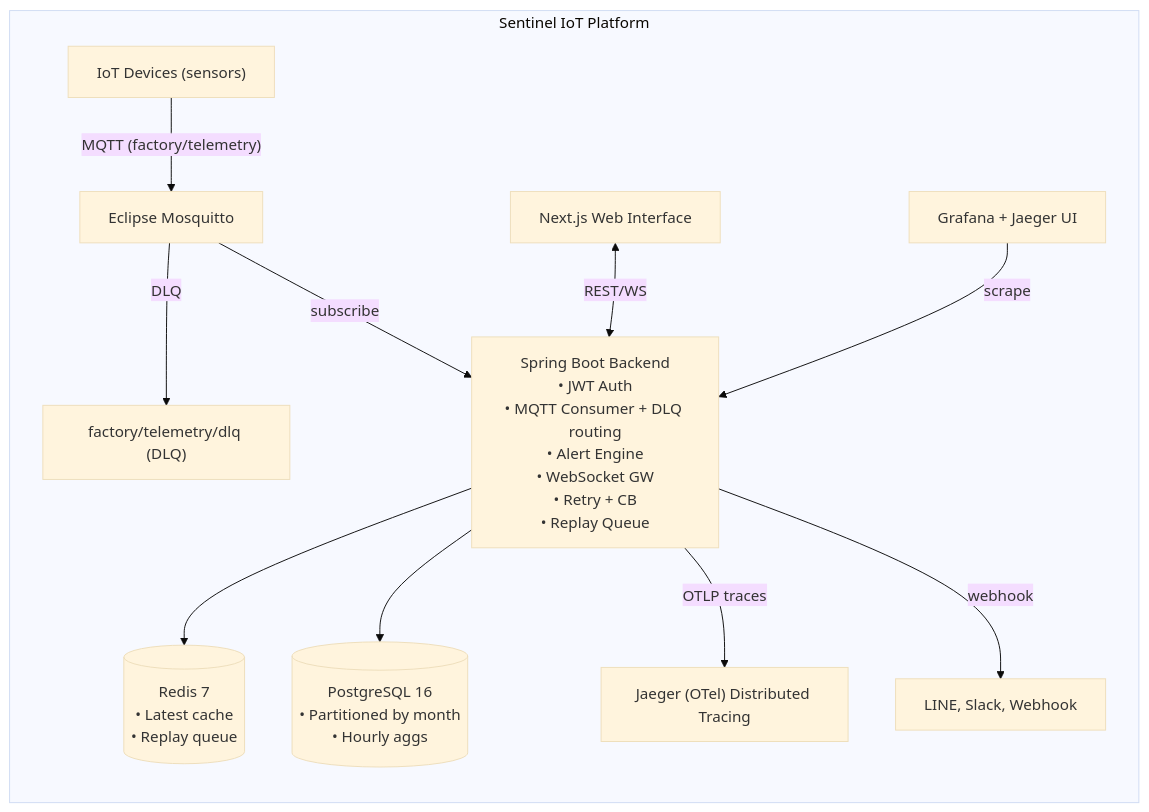
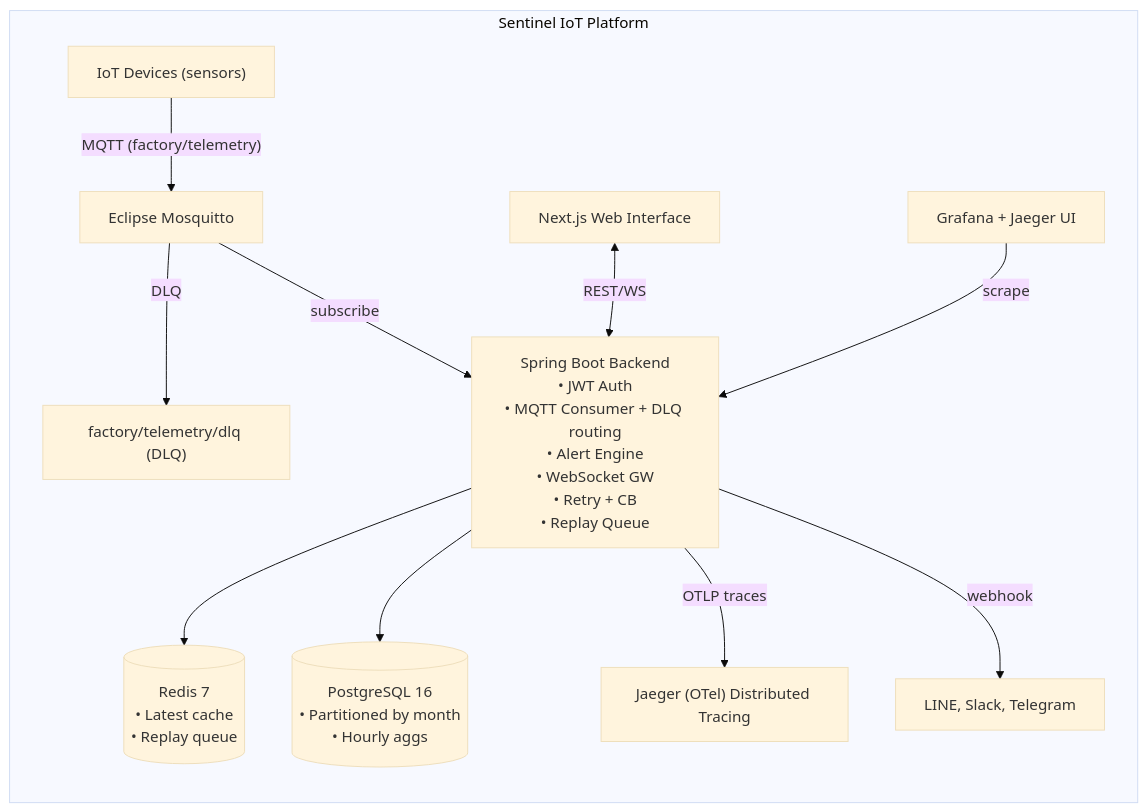
One commit to thitipongroo/sentinel-iot-platform changed the second of 4 diagrams in README.md. Above: the diagram before and after it, drawn with Mermaid (base theme). The commit also changed other lines of this file, not shown here.

Commit message:
update: readme

````diff
--- a/README.md
+++ b/README.md
@@ -64,32 +64,32 @@
 ```mermaid
 flowchart TB
     subgraph "Sentinel IoT Platform"
         direction TB
         
         Devices["IoT Devices (sensors)"]
         Broker["Eclipse Mosquitto"]
         DLQ["factory/telemetry/dlq (DLQ)"]
         
         SpringBoot["Spring Boot Backend<br/>• JWT Auth<br/>• MQTT Consumer + DLQ routing<br/>• Alert Engine<br/>• WebSocket GW<br/>• Retry + CB<br/>• Replay Queue"]
         
         Redis[("Redis 7<br/>• Latest cache<br/>• Replay queue")]
         PostgreSQL[("PostgreSQL 16<br/>• Partitioned by month<br/>• Hourly aggs")]
         
         UI["Next.js Web Interface"]
         GrafanaUI["Grafana + Jaeger UI"]
-        Notify["LINE, Slack, Webhook"]
+        Notify["LINE, Slack, Telegram"]
         Jaeger["Jaeger (OTel) Distributed Tracing"]
 
         Devices -- "MQTT (factory/telemetry)" --> Broker
         Broker -- "DLQ" --> DLQ
         Broker -- "subscribe" --> SpringBoot
         
         SpringBoot --> Redis
         SpringBoot --> PostgreSQL
         
         UI <--"REST/WS"--> SpringBoot
         GrafanaUI --"scrape"--> SpringBoot
         SpringBoot --"OTLP traces"--> Jaeger
         SpringBoot --"webhook"--> Notify
     end
 ```
````
